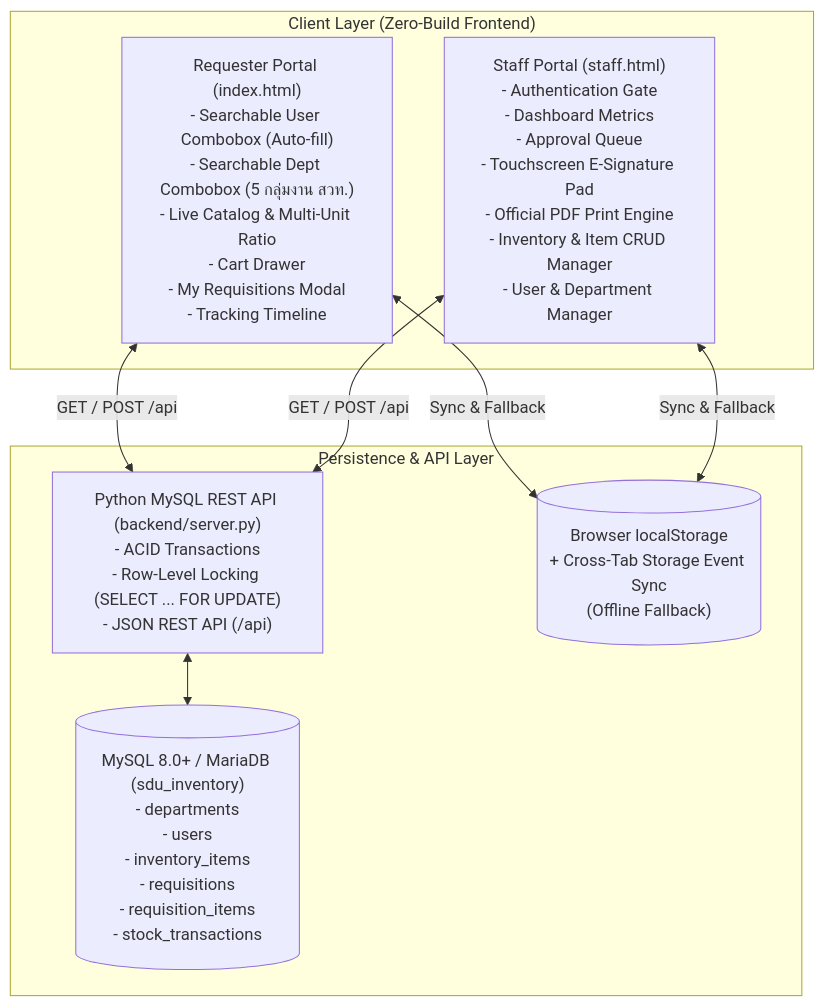
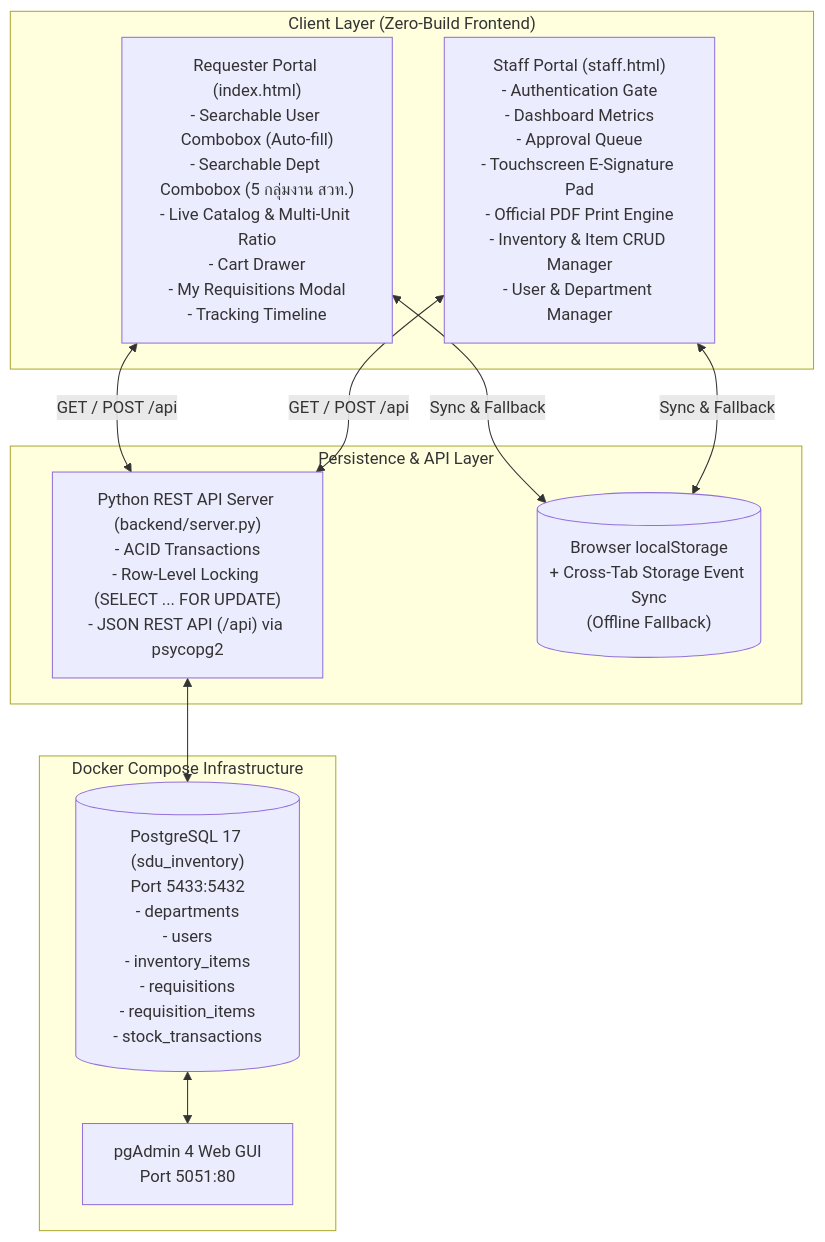
The second of 3 diagrams in PROJECT_CONTEXT.md (itsmekritsanai/stock-order-sdu), drawn with Mermaid before and after one commit. The commit also changed other lines of this file and 22 other files, not shown here.

Commit message:
feat: upgrade to PostgreSQL 17 with Docker Compose and pgAdmin 4 (v3.0.0)

````diff
--- a/PROJECT_CONTEXT.md
+++ b/PROJECT_CONTEXT.md
@@ -48,19 +48,24 @@
 ```mermaid
 graph TD
     subgraph "Client Layer (Zero-Build Frontend)"
         REQ["Requester Portal (index.html)<br/>- Searchable User Combobox (Auto-fill)<br/>- Searchable Dept Combobox (5 กลุ่มงาน สวท.)<br/>- Live Catalog & Multi-Unit Ratio<br/>- Cart Drawer<br/>- My Requisitions Modal<br/>- Tracking Timeline"]
         STAFF["Staff Portal (staff.html)<br/>- Authentication Gate<br/>- Dashboard Metrics<br/>- Approval Queue<br/>- Touchscreen E-Signature Pad<br/>- Official PDF Print Engine<br/>- Inventory & Item CRUD Manager<br/>- User & Department Manager"]
     end
 
+    subgraph "Docker Compose Infrastructure"
+        PG[("PostgreSQL 17 (sdu_inventory)<br/>Port 5433:5432<br/>- departments<br/>- users<br/>- inventory_items<br/>- requisitions<br/>- requisition_items<br/>- stock_transactions")]
+        PGA["pgAdmin 4 Web GUI<br/>Port 5051:80"]
+        PG <--> PGA
+    end
+
     subgraph "Persistence & API Layer"
-        API["Python MySQL REST API (backend/server.py)<br/>- ACID Transactions<br/>- Row-Level Locking (SELECT ... FOR UPDATE)<br/>- JSON REST API (/api)"]
-        MYSQL[("MySQL 8.0+ / MariaDB (sdu_inventory)<br/>- departments<br/>- users<br/>- inventory_items<br/>- requisitions<br/>- requisition_items<br/>- stock_transactions")]
+        API["Python REST API Server (backend/server.py)<br/>- ACID Transactions<br/>- Row-Level Locking (SELECT ... FOR UPDATE)<br/>- JSON REST API (/api) via psycopg2"]
         LOCAL[("Browser localStorage<br/>+ Cross-Tab Storage Event Sync<br/>(Offline Fallback)")]
     end
 
     REQ <-->|GET / POST /api| API
     STAFF <-->|GET / POST /api| API
-    API <--> MYSQL
+    API <--> PG
     REQ <-->|Sync & Fallback| LOCAL
     STAFF <-->|Sync & Fallback| LOCAL
 ```
````
